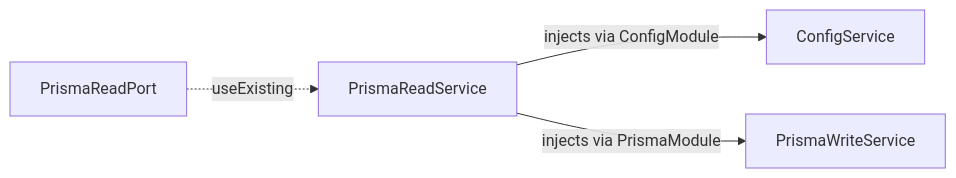
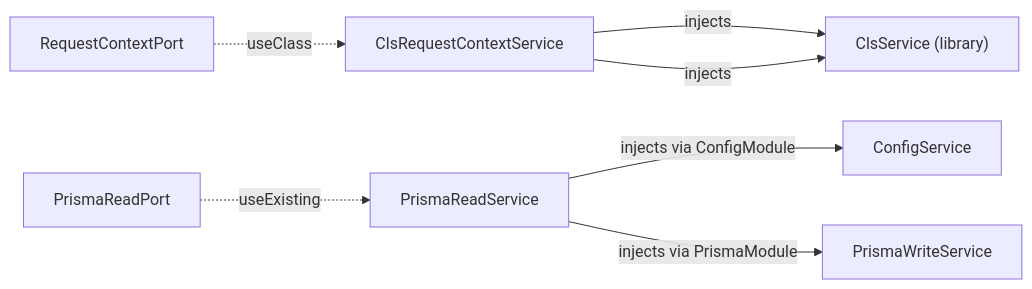
One commit to ashrafemon/ddd-boilerplate changed the sixth of 22 diagrams in docs/DI-WIRING.md. Above: the diagram before and after it, drawn with Mermaid. The commit also changed other lines of this file and 41 other files, not shown here.

First line of the commit message:
refactor(platform): normalize service layout — repositories/, adapter naming, port split

````diff
--- a/docs/DI-WIRING.md
+++ b/docs/DI-WIRING.md
@@ -443,10 +427,16 @@
 ```mermaid
 flowchart LR
+    RequestContextPort["RequestContextPort"]
+    ClsRequestContextService["ClsRequestContextService"]
+    RequestContextPort -.->|useClass| ClsRequestContextService
     PrismaReadPort["PrismaReadPort"]
     PrismaReadService["PrismaReadService"]
     PrismaReadPort -.->|useExisting| PrismaReadService
+    ClsService__library_["ClsService (library)"]
+    ClsRequestContextService -->|injects| ClsService__library_
+    ClsRequestContextService -->|injects| ClsService__library_
     ConfigService["ConfigService"]
     PrismaReadService -->|injects via ConfigModule| ConfigService
     PrismaWriteService["PrismaWriteService"]
     PrismaReadService -->|injects via PrismaModule| PrismaWriteService
 ```
````
